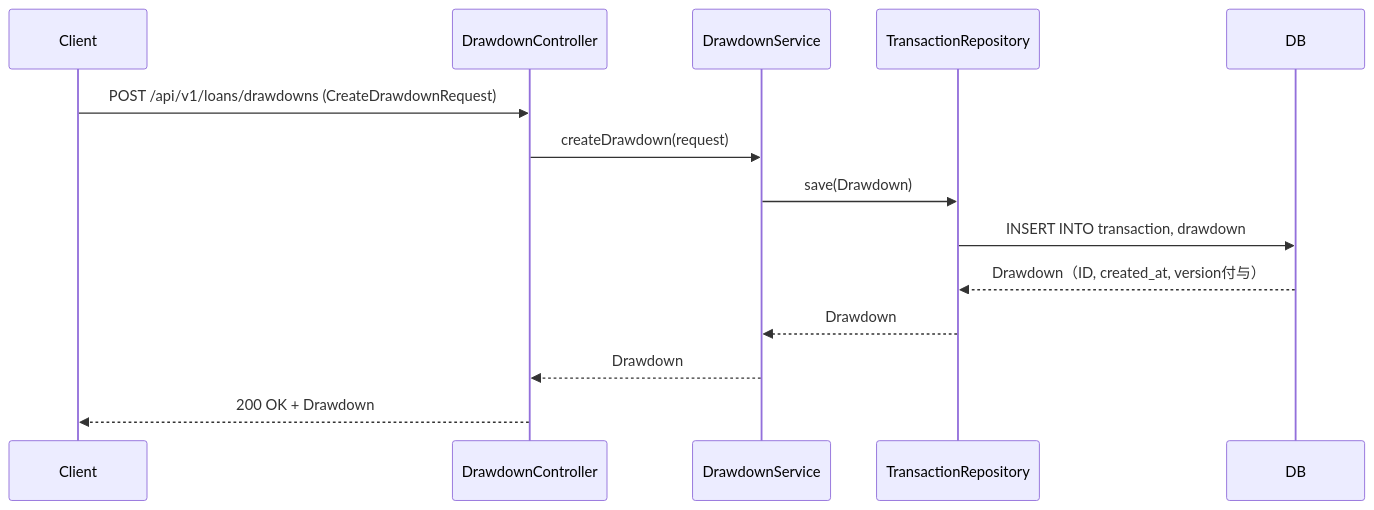
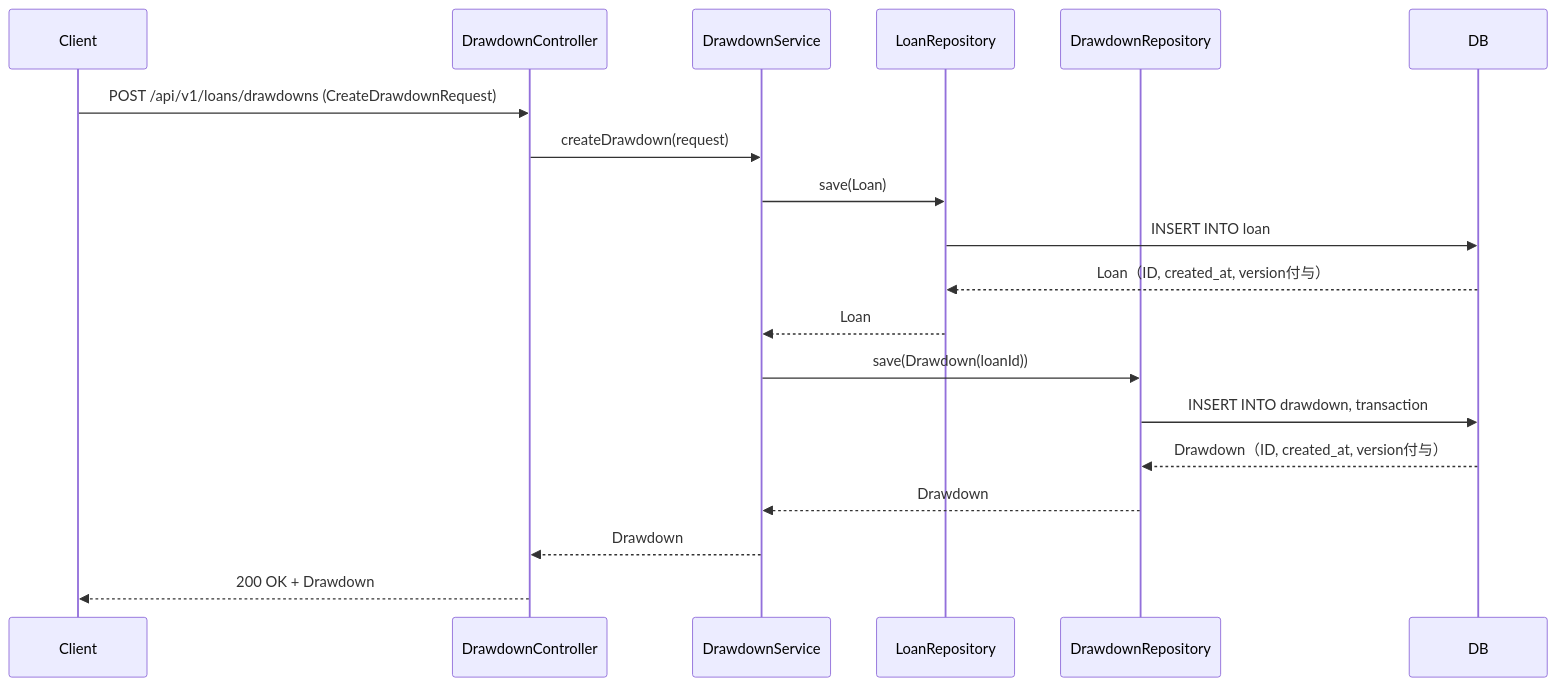
The diagram in docs/create-drawdown.md (tis-abe-akira/ddd-ai), drawn with Mermaid before and after one commit. The commit also changed other lines of this file and 1 other file, not shown here.

Commit message:
feat: Drawdown作成処理フローの詳細な説明とシーケンス図を追加

`````diff
--- a/docs/create-drawdown.md
+++ b/docs/create-drawdown.md
@@ -5,17 +5,22 @@
 ````mermaid
 sequenceDiagram
     participant Client
     participant DrawdownController
     participant DrawdownService
-    participant TransactionRepository
+    participant LoanRepository
+    participant DrawdownRepository
     participant DB
 
     Client->>DrawdownController: POST /api/v1/loans/drawdowns (CreateDrawdownRequest)
     DrawdownController->>DrawdownService: createDrawdown(request)
-    DrawdownService->>TransactionRepository: save(Drawdown)
-    TransactionRepository->>DB: INSERT INTO transaction, drawdown
-    DB-->>TransactionRepository: Drawdown（ID, created_at, version付与）
-    TransactionRepository-->>DrawdownService: Drawdown
+    DrawdownService->>LoanRepository: save(Loan)
+    LoanRepository->>DB: INSERT INTO loan
+    DB-->>LoanRepository: Loan（ID, created_at, version付与）
+    LoanRepository-->>DrawdownService: Loan
+    DrawdownService->>DrawdownRepository: save(Drawdown(loanId))
+    DrawdownRepository->>DB: INSERT INTO drawdown, transaction
+    DB-->>DrawdownRepository: Drawdown（ID, created_at, version付与）
+    DrawdownRepository-->>DrawdownService: Drawdown
     DrawdownService-->>DrawdownController: Drawdown
     DrawdownController-->>Client: 200 OK + Drawdown
 ````
`````
